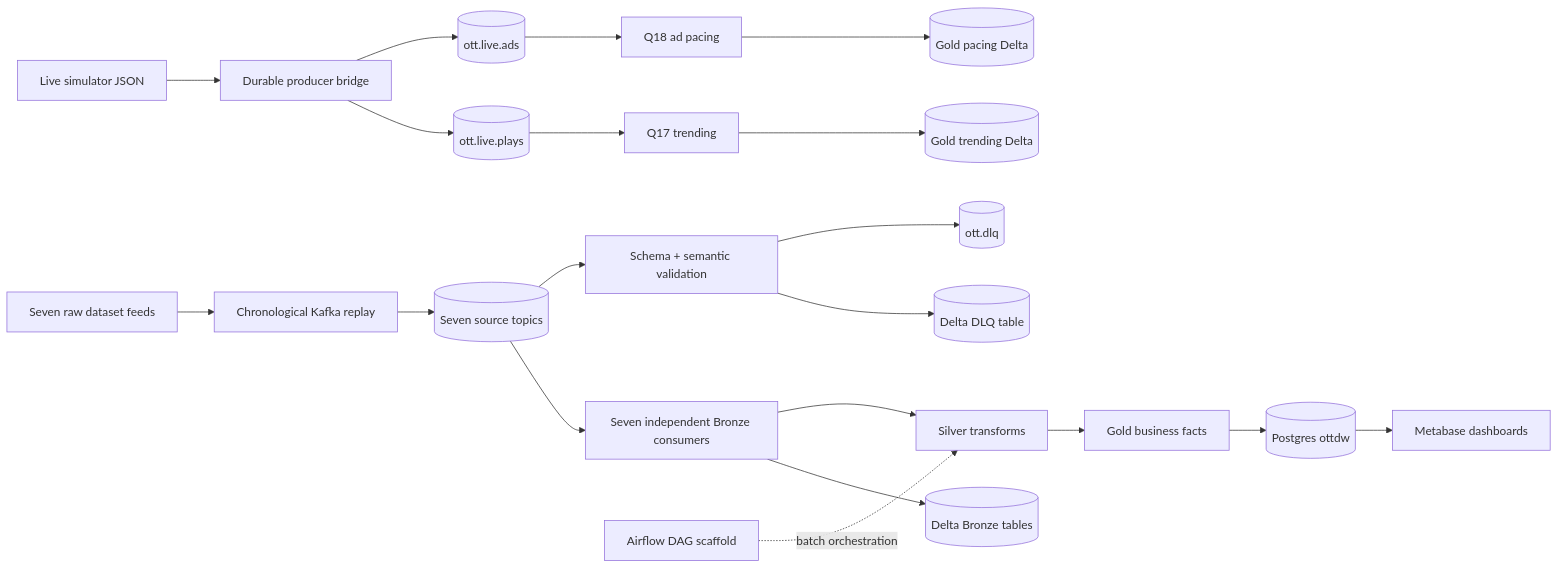
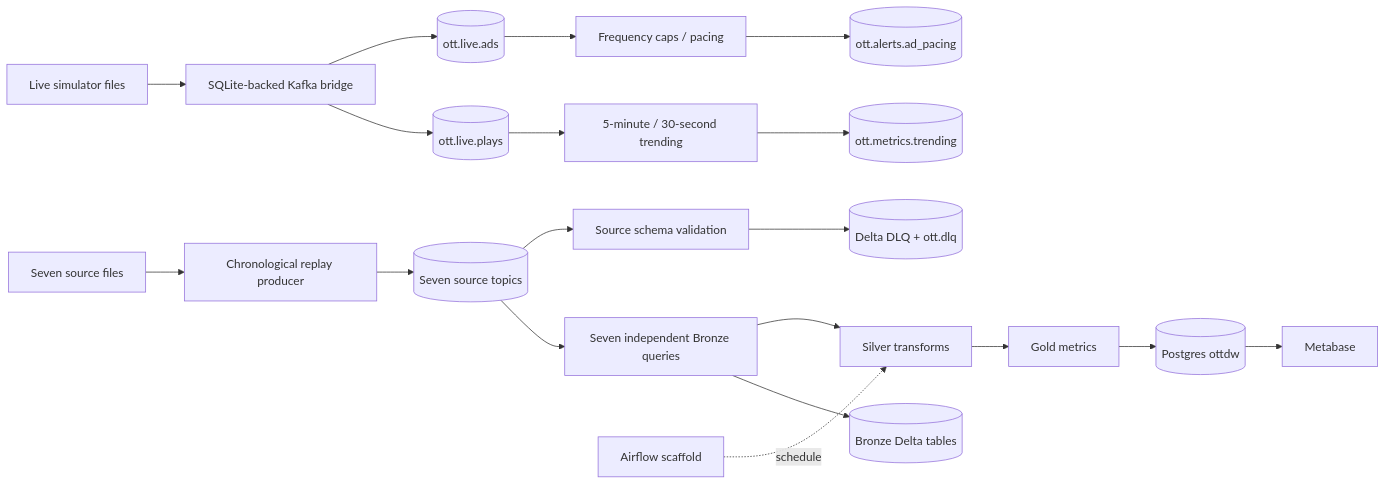
Before and after one commit to Er-Ishan-Srivastav/StreamBharat: the diagram in docs/implementation/kafka-streaming.md, drawn with Mermaid. The commit also changed other lines of this file, not shown here.

Commit message:
docs: update live Kafka analytics outputs and run instructions

````diff
--- a/docs/implementation/kafka-streaming.md
+++ b/docs/implementation/kafka-streaming.md
@@ -30,22 +30,21 @@
 ```mermaid
 flowchart LR
-  SRC[Seven raw dataset feeds] --> RP[Chronological Kafka replay]
+  SRC[Seven source files] --> RP[Chronological replay producer]
   RP --> K[(Seven source topics)]
-  K --> BR[Seven independent Bronze consumers]
-  BR --> BD[(Delta Bronze tables)]
-  K --> DLQ[Schema + semantic validation]
-  DLQ --> DLT[(Delta DLQ table)]
-  DLQ --> DQ[(ott.dlq)]
-  SIM[Live simulator JSON] --> PB[Durable producer bridge]
+  K --> BR[Seven independent Bronze queries]
+  BR --> BD[(Bronze Delta tables)]
+  K --> DV[Source schema validation]
+  DV --> DLQ[(Delta DLQ + ott.dlq)]
+  SIM[Live simulator files] --> PB[SQLite-backed Kafka bridge]
   PB --> LP[(ott.live.plays)]
   PB --> LA[(ott.live.ads)]
-  LP --> TR[Q17 trending]
-  LA --> AP[Q18 ad pacing]
-  TR --> TG[(Gold trending Delta)]
-  AP --> AG[(Gold pacing Delta)]
-  BR --> SV[Silver transforms]
-  SV --> GD[Gold business facts]
-  GD --> PG[(Postgres ottdw)]
-  PG --> MB[Metabase dashboards]
-  DAG[Airflow DAG scaffold] -. batch orchestration .-> SV
+  LP --> TR[5-minute / 30-second trending]
+  LA --> AP[Frequency caps / pacing]
+  TR --> TRK[(ott.metrics.trending)]
+  AP --> APK[(ott.alerts.ad_pacing)]
+  BR --> SIL[Silver transforms]
+  SIL --> GOLD[Gold metrics]
+  GOLD --> PG[(Postgres ottdw)]
+  PG --> MB[Metabase]
+  AIR[Airflow scaffold] -. schedule .-> SIL
 ```
````
